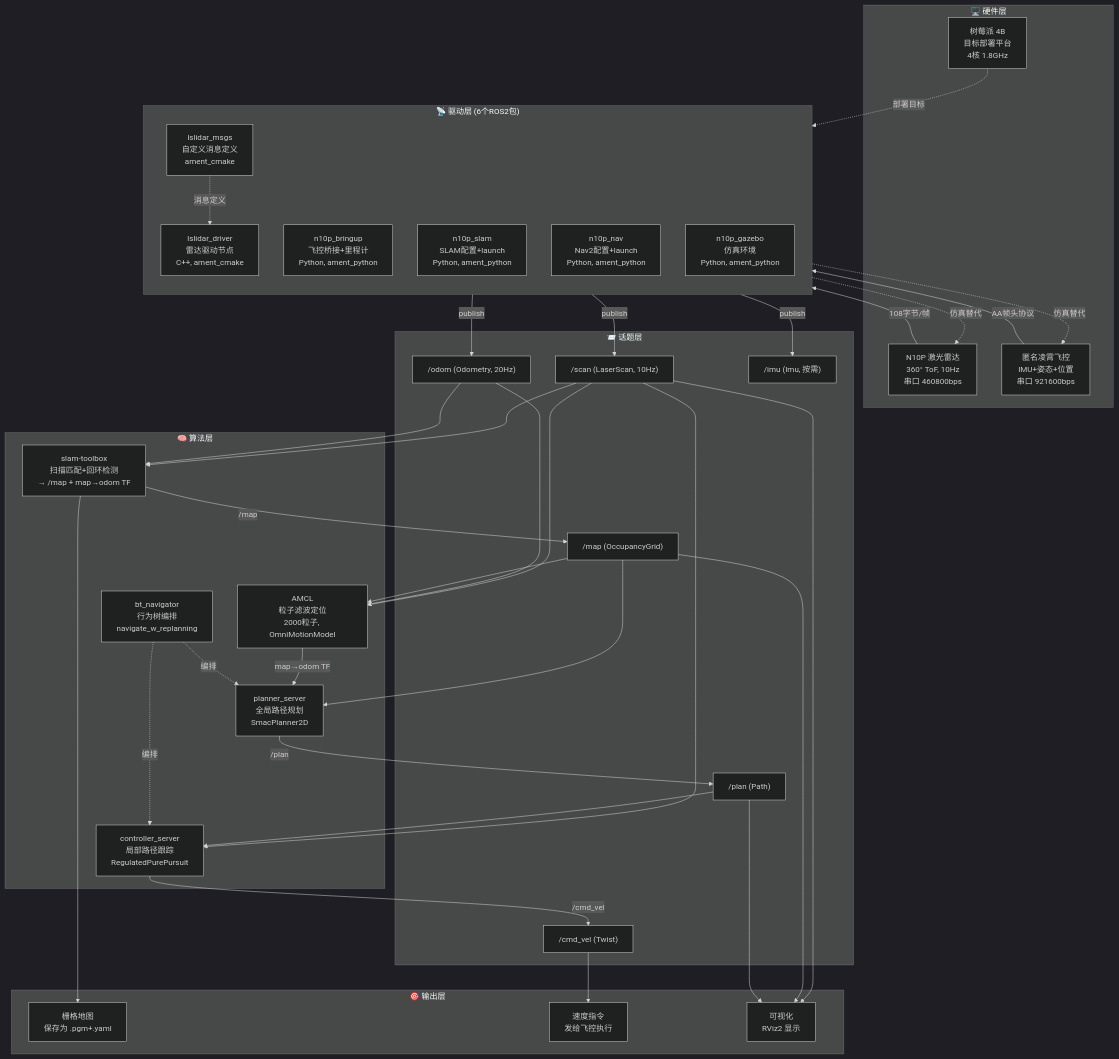
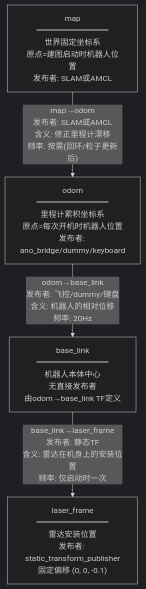
One commit to yangou-ylz/n10p_laser_ros2 changed the second of 25 diagrams in learn.md. Above: the diagram before and after it, drawn with Mermaid (dark theme). The commit also changed other lines of this file and 32 other files, not shown here.

````diff
--- a/learn.md
+++ b/learn.md
@@ -1350,71 +422,11 @@
 ```mermaid
-flowchart TB
-    subgraph HARDWARE["🖥️ 硬件层"]
-        N10P["N10P 激光雷达<br/>360° ToF, 10Hz<br/>串口 460800bps"]
-        FC["匿名凌霄飞控<br/>IMU+姿态+位置<br/>串口 921600bps"]
-        RPI["树莓派 4B<br/>目标部署平台<br/>4核 1.8GHz"]
-    end
+graph TD
+    MAP["map<br/>━━━━━━━━━<br/>世界固定坐标系<br/>原点=建图启动时机器人位置<br/>发布者: SLAM或AMCL"]
+    ODOM["odom<br/>━━━━━━━━━<br/>里程计累积坐标系<br/>原点=每次开机时机器人位置<br/>发布者: ano_bridge/dummy/keyboard"]
+    BASE["base_link<br/>━━━━━━━━━<br/>机器人本体中心<br/>无直接发布者<br/>由odom→base_link TF定义"]
+    LASER["laser_frame<br/>━━━━━━━━━<br/>雷达安装位置<br/>发布者: static_transform_publisher<br/>固定偏移 (0, 0, -0.1)"]
 
-    subgraph DRIVER["📡 驱动层 (6个ROS2包)"]
-        direction TB
-        MSG["lslidar_msgs<br/>自定义消息定义<br/>ament_cmake"]
-        DRV["lslidar_driver<br/>雷达驱动节点<br/>C++, ament_cmake"]
-        BRG["n10p_bringup<br/>飞控桥接+里程计<br/>Python, ament_python"]
-        SLAM["n10p_slam<br/>SLAM配置+launch<br/>Python, ament_python"]
-        NAV["n10p_nav<br/>Nav2配置+launch<br/>Python, ament_python"]
-        GAZ["n10p_gazebo<br/>仿真环境<br/>Python, ament_python"]
-    end
-
-    subgraph TOPICS["📨 话题层"]
-        SCAN["/scan (LaserScan, 10Hz)"]
-        ODOM["/odom (Odometry, 20Hz)"]
-        IMU["/imu (Imu, 按需)"]
-        MAP["/map (OccupancyGrid)"]
-        PLAN["/plan (Path)"]
-        CMD["/cmd_vel (Twist)"]
-    end
-
-    subgraph ALGO["🧠 算法层"]
-        SLAM_NODE["slam-toolbox<br/>扫描匹配+回环检测<br/>→ /map + map→odom TF"]
-        AMCL["AMCL<br/>粒子滤波定位<br/>2000粒子, OmniMotionModel"]
-        PLANNER["planner_server<br/>全局路径规划<br/>SmacPlanner2D"]
-        CONTROLLER["controller_server<br/>局部路径跟踪<br/>RegulatedPurePursuit"]
-        BT["bt_navigator<br/>行为树编排<br/>navigate_w_replanning"]
-    end
-
-    subgraph OUTPUT["🎯 输出层"]
-        MAP_OUT["栅格地图<br/>保存为 .pgm+.yaml"]
-        VEL_OUT["速度指令<br/>发给飞控执行"]
-        RVIZ_OUT["可视化<br/>RViz2 显示"]
-    end
-
-    N10P -->|"108字节/帧"| DRV
-    FC -->|"AA帧头协议"| BRG
-    MSG -.->|"消息定义"| DRV
-    DRV -->|"publish"| SCAN
-    BRG -->|"publish"| ODOM
-    BRG -->|"publish"| IMU
-    SCAN --> SLAM_NODE
-    SCAN --> AMCL
-    SCAN --> CONTROLLER
-    ODOM --> SLAM_NODE
-    ODOM --> AMCL
-    SLAM_NODE -->|"/map"| MAP
-    AMCL -->|"map→odom TF"| PLANNER
-    MAP --> PLANNER
-    MAP --> AMCL
-    PLANNER -->|"/plan"| PLAN
-    PLAN --> CONTROLLER
-    BT -.->|"编排"| PLANNER
-    BT -.->|"编排"| CONTROLLER
-    CONTROLLER -->|"/cmd_vel"| CMD
-    SLAM_NODE --> MAP_OUT
-    CMD --> VEL_OUT
-    SCAN --> RVIZ_OUT
-    MAP --> RVIZ_OUT
-    PLAN --> RVIZ_OUT
-
-    GAZ -.->|"仿真替代"| N10P
-    GAZ -.->|"仿真替代"| FC
-    RPI -.->|"部署目标"| DRIVER
+    MAP -->|"map→odom<br/>发布者: SLAM或AMCL<br/>含义: 修正里程计漂移<br/>频率: 按需(回环/粒子更新后)"| ODOM
+    ODOM -->|"odom→base_link<br/>发布者: 飞控/dummy/键盘<br/>含义: 机器人的相对位移<br/>频率: 20Hz"| BASE
+    BASE -->|"base_link→laser_frame<br/>发布者: 静态TF<br/>含义: 雷达在机身上的安装位置<br/>频率: 仅启动时一次"| LASER
 ```
````
